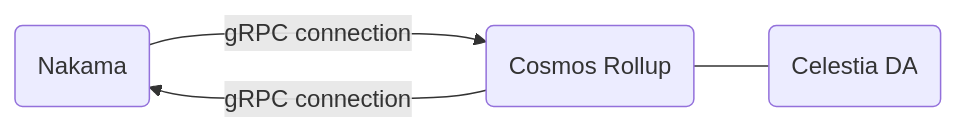
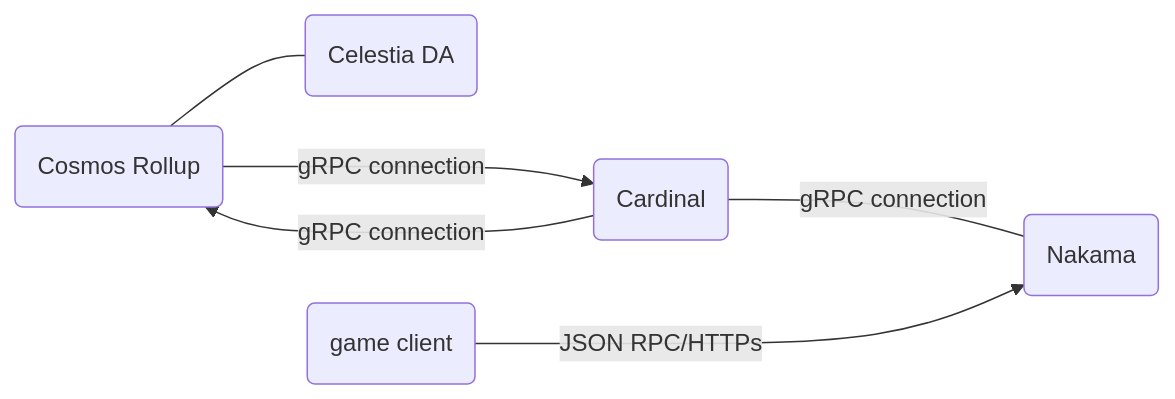
The diagram in .swm/getting-started-with-world-engine.pxtvf.sw.md (Argus-Labs/world-engine), drawn with Mermaid before and after one commit. The commit also changed other lines of this file, not shown here.

````diff
--- a/.swm/getting-started-with-world-engine.pxtvf.sw.md
+++ b/.swm/getting-started-with-world-engine.pxtvf.sw.md
@@ -135,6 +143,10 @@
 ```mermaid
 flowchart LR
 2("Cosmos Rollup") --- 3("Celestia DA")
-1("Nakama") ---> |"gRPC connection"|2("Cosmos Rollup")
-2("Cosmos Rollup") ---> |"gRPC connection"|1("Nakama")
+
+4("Cardinal") --- |"gRPC connection"|1("Nakama")
+4("Cardinal") ---> |"gRPC connection"|2("Cosmos Rollup")
+2("Cosmos Rollup") ---> |"gRPC connection"|4("Cardinal")
+
+5("game client") ---> |"JSON RPC/HTTPs"| 1("Nakama")
 ```
````
